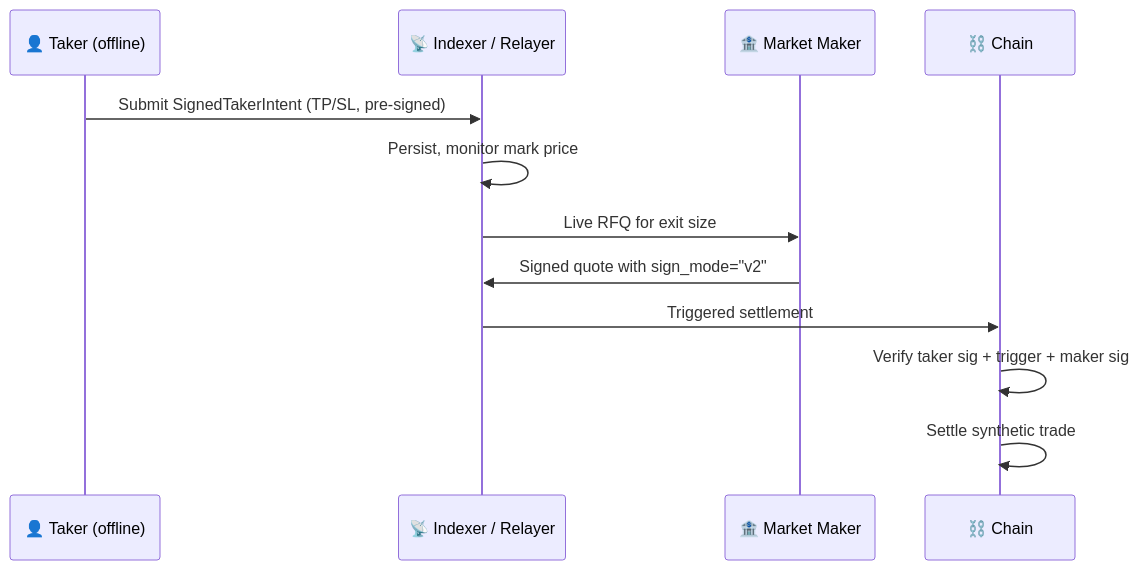
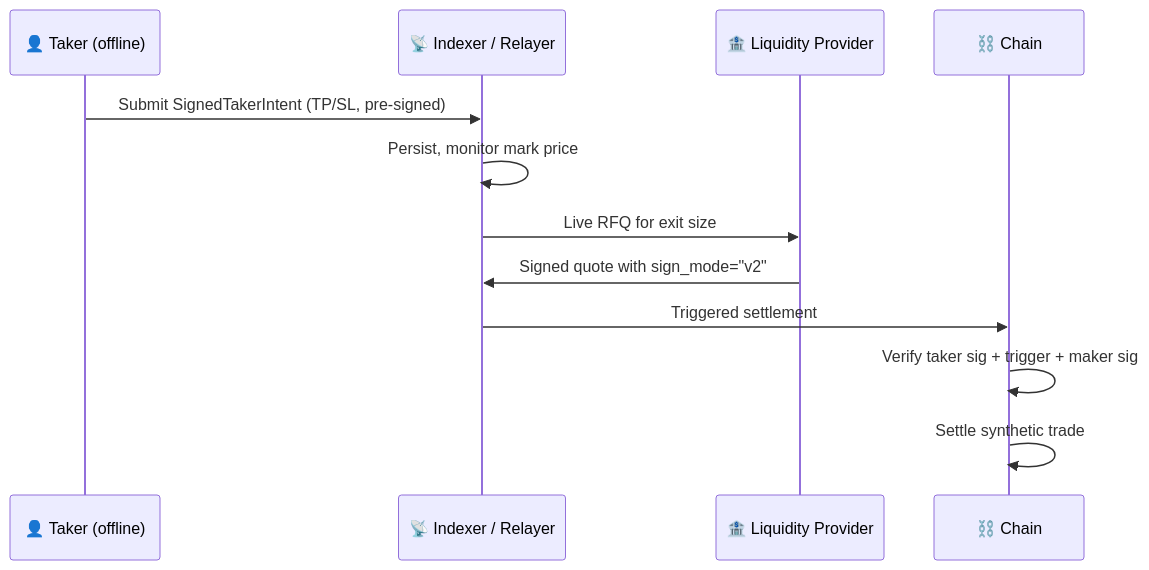
Before and after one commit to TrueCurrent/truecurrent-docs: the second of 2 diagrams in mintlify/liquidity-providers/integration/protocol-reference.md, drawn with Mermaid. The commit also changed other lines of this file and 11 other files, not shown here.

Commit message:
docs: 150 convert more references to market makers to liquidity providers

````diff
--- a/mintlify/liquidity-providers/integration/protocol-reference.md
+++ b/mintlify/liquidity-providers/integration/protocol-reference.md
@@ -50,17 +50,17 @@
 ```mermaid
 sequenceDiagram
     participant Taker as 👤 Taker (offline)
     participant IDX as 📡 Indexer / Relayer
-    participant MM as 🏦 Market Maker
+    participant MM as 🏦 Liquidity Provider
     participant Chain as ⛓️ Chain
 
     Taker->>IDX: Submit SignedTakerIntent (TP/SL, pre-signed)
     IDX->>IDX: Persist, monitor mark price
 
     IDX->>MM: Live RFQ for exit size
     MM->>IDX: Signed quote with sign_mode="v2"
 
     IDX->>Chain: Triggered settlement
     Chain->>Chain: Verify taker sig + trigger + maker sig
     Chain->>Chain: Settle synthetic trade
 ```
````
